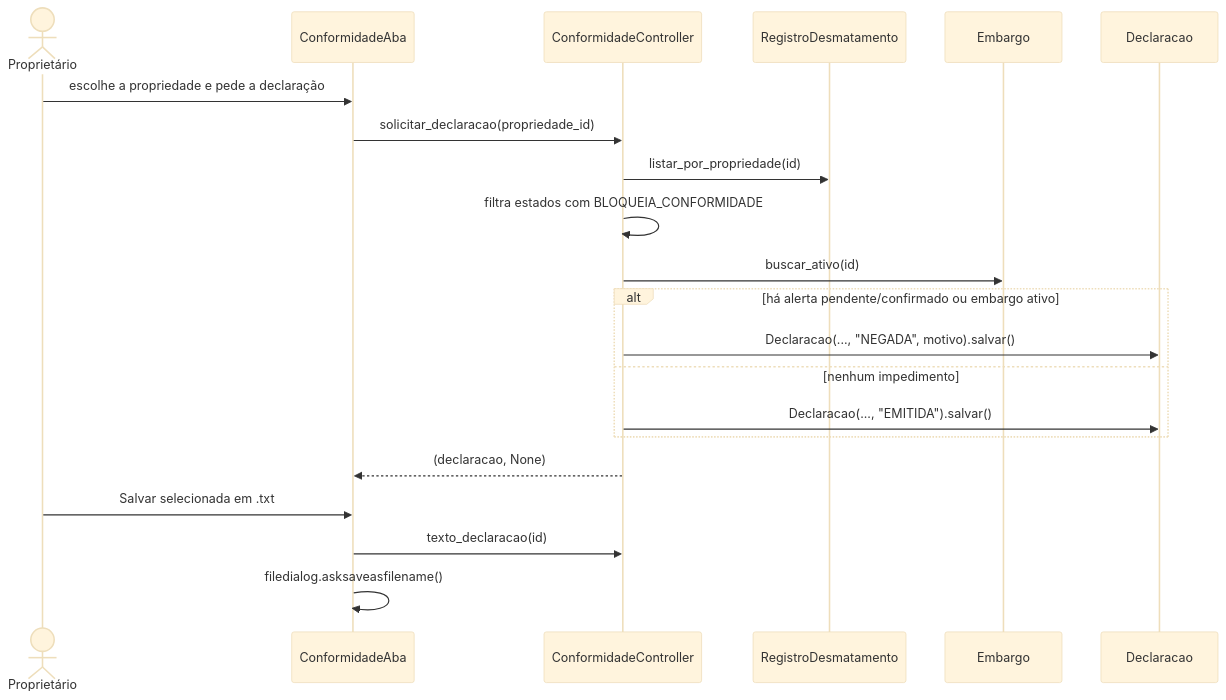
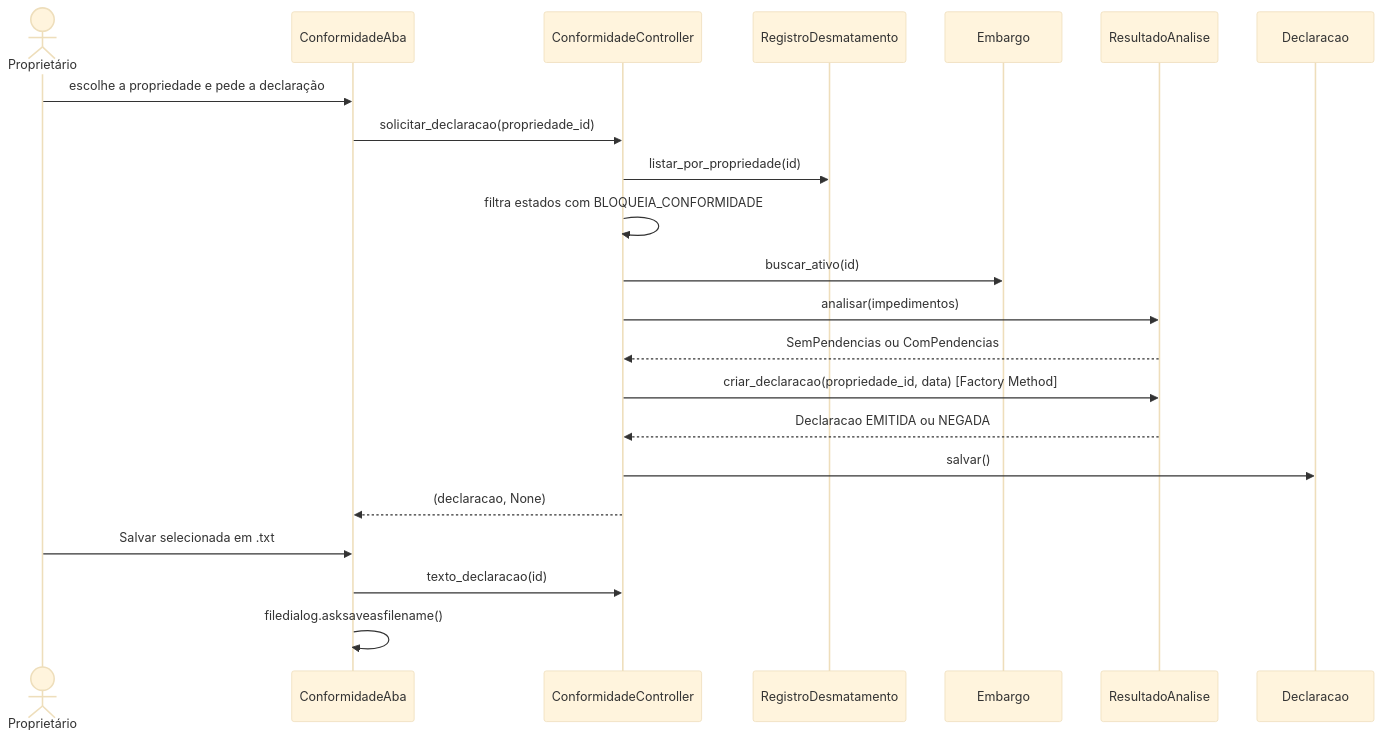
Before and after one commit to pedrohrossetto/sys-car: the fifth of 7 diagrams in docs/fiscalizacao/diagramas.pt-br.md, drawn with Mermaid (base theme). The commit also changed other lines of this file and 8 other files, not shown here.

First line of the commit message:
docs(fiscalizacao): ADR-F11 e F12, diagramas e guia sem as fontes

````diff
--- a/docs/fiscalizacao/diagramas.pt-br.md
+++ b/docs/fiscalizacao/diagramas.pt-br.md
@@ -93,24 +111,25 @@
 ```mermaid
 sequenceDiagram
     actor Proprietario as Proprietário
     participant CA as ConformidadeAba
     participant CC as ConformidadeController
     participant R as RegistroDesmatamento
     participant E as Embargo
+    participant RA as ResultadoAnalise
     participant D as Declaracao
 
     Proprietario->>CA: escolhe a propriedade e pede a declaração
     CA->>CC: solicitar_declaracao(propriedade_id)
     CC->>R: listar_por_propriedade(id)
     CC->>CC: filtra estados com BLOQUEIA_CONFORMIDADE
     CC->>E: buscar_ativo(id)
-    alt há alerta pendente/confirmado ou embargo ativo
-        CC->>D: Declaracao(..., "NEGADA", motivo).salvar()
-    else nenhum impedimento
-        CC->>D: Declaracao(..., "EMITIDA").salvar()
-    end
+    CC->>RA: analisar(impedimentos)
+    RA-->>CC: SemPendencias ou ComPendencias
+    CC->>RA: criar_declaracao(propriedade_id, data) [Factory Method]
+    RA-->>CC: Declaracao EMITIDA ou NEGADA
+    CC->>D: salvar()
     CC-->>CA: (declaracao, None)
     Proprietario->>CA: Salvar selecionada em .txt
     CA->>CC: texto_declaracao(id)
     CA->>CA: filedialog.asksaveasfilename()
 ```
````
